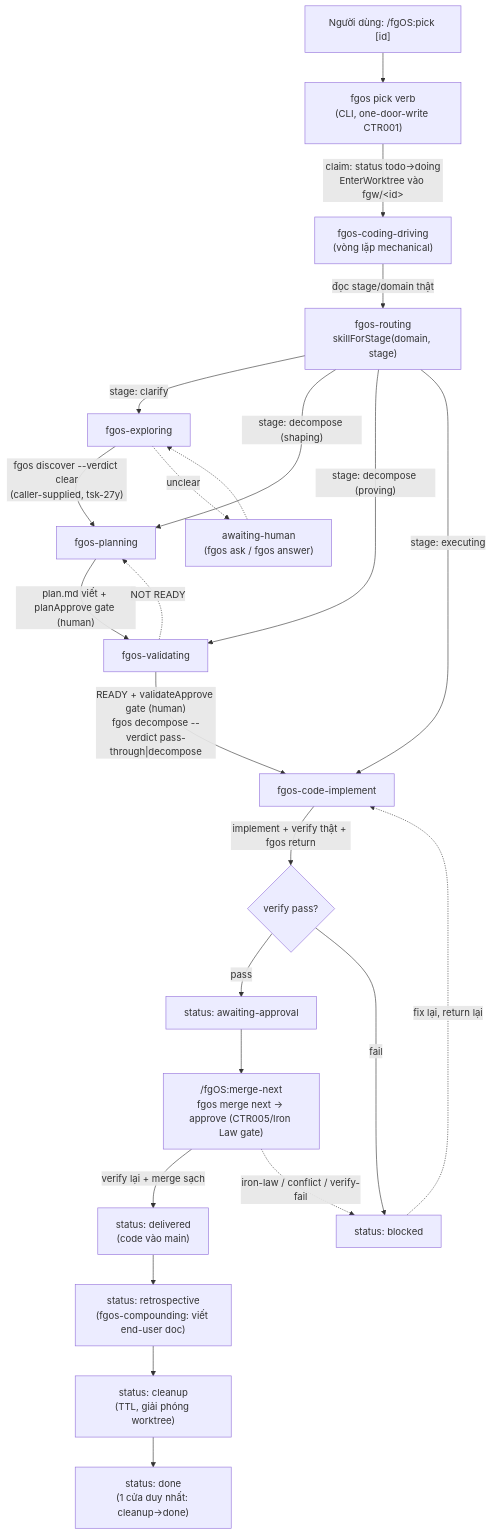
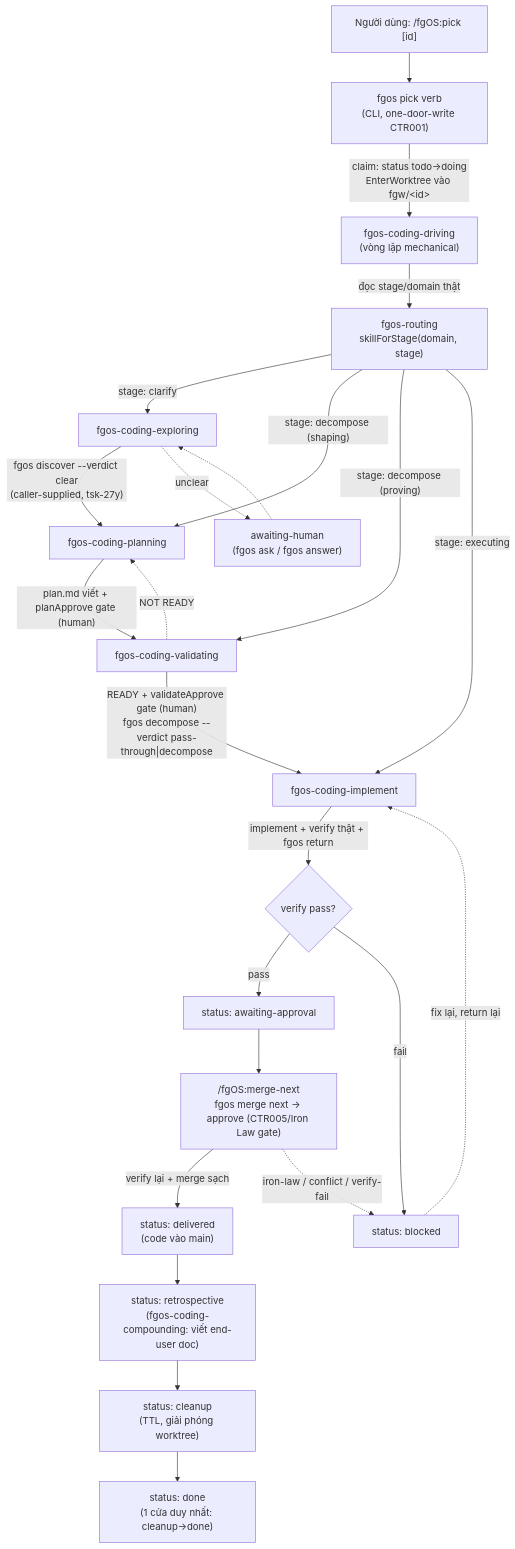
One commit to vantt/forgent changed the first of 5 diagrams in plans/reports/internal-research-260803-2223-fgos-pick-lifecycle-diagrams-report.md. Above: the diagram before and after it, drawn with Mermaid. The commit also changed other lines of this file and 671 other files, not shown here.

````diff
--- a/plans/reports/internal-research-260803-2223-fgos-pick-lifecycle-diagrams-report.md
+++ b/plans/reports/internal-research-260803-2223-fgos-pick-lifecycle-diagrams-report.md
@@ -16,32 +16,32 @@
 ```mermaid
 flowchart TD
     U["Người dùng: /fgOS:pick [id]"] --> P["fgos pick verb\n(CLI, one-door-write CTR001)"]
     P -->|"claim: status todo→doing\nEnterWorktree vào fgw/&lt;id&gt;"| D["fgos-coding-driving\n(vòng lặp mechanical)"]
     D -->|"đọc stage/domain thật"| R["fgos-routing\nskillForStage(domain, stage)"]
 
-    R -->|"stage: clarify"| EX["fgos-exploring"]
-    R -->|"stage: decompose (shaping)"| PL["fgos-planning"]
-    R -->|"stage: decompose (proving)"| VA["fgos-validating"]
-    R -->|"stage: executing"| EC["fgos-code-implement"]
+    R -->|"stage: clarify"| EX["fgos-coding-exploring"]
+    R -->|"stage: decompose (shaping)"| PL["fgos-coding-planning"]
+    R -->|"stage: decompose (proving)"| VA["fgos-coding-validating"]
+    R -->|"stage: executing"| EC["fgos-coding-implement"]
 
     EX -->|"fgos discover --verdict clear\n(caller-supplied, tsk-27y)"| PL
     EX -.->|"unclear"| AH["awaiting-human\n(fgos ask / fgos answer)"]
     AH -.-> EX
 
     PL -->|"plan.md viết + planApprove gate (human)"| VA
     VA -->|"READY + validateApprove gate (human)\nfgos decompose --verdict pass-through|decompose"| EC
     VA -.->|"NOT READY"| PL
 
     EC -->|"implement + verify thật + fgos return"| RET{"verify pass?"}
     RET -->|"pass"| AA["status: awaiting-approval"]
     RET -->|"fail"| BL["status: blocked"]
     BL -.->|fix lại, return lại| EC
 
     AA --> MG["/fgOS:merge-next\nfgos merge next → approve (CTR005/Iron Law gate)"]
     MG -->|"verify lại + merge sạch"| DEL["status: delivered\n(code vào main)"]
     MG -.->|"iron-law / conflict / verify-fail"| BL
 
-    DEL --> RETRO["status: retrospective\n(fgos-compounding: viết end-user doc)"]
+    DEL --> RETRO["status: retrospective\n(fgos-coding-compounding: viết end-user doc)"]
     RETRO --> CLEAN["status: cleanup\n(TTL, giải phóng worktree)"]
     CLEAN --> DONE["status: done\n(1 cửa duy nhất: cleanup→done)"]
 ```
````
